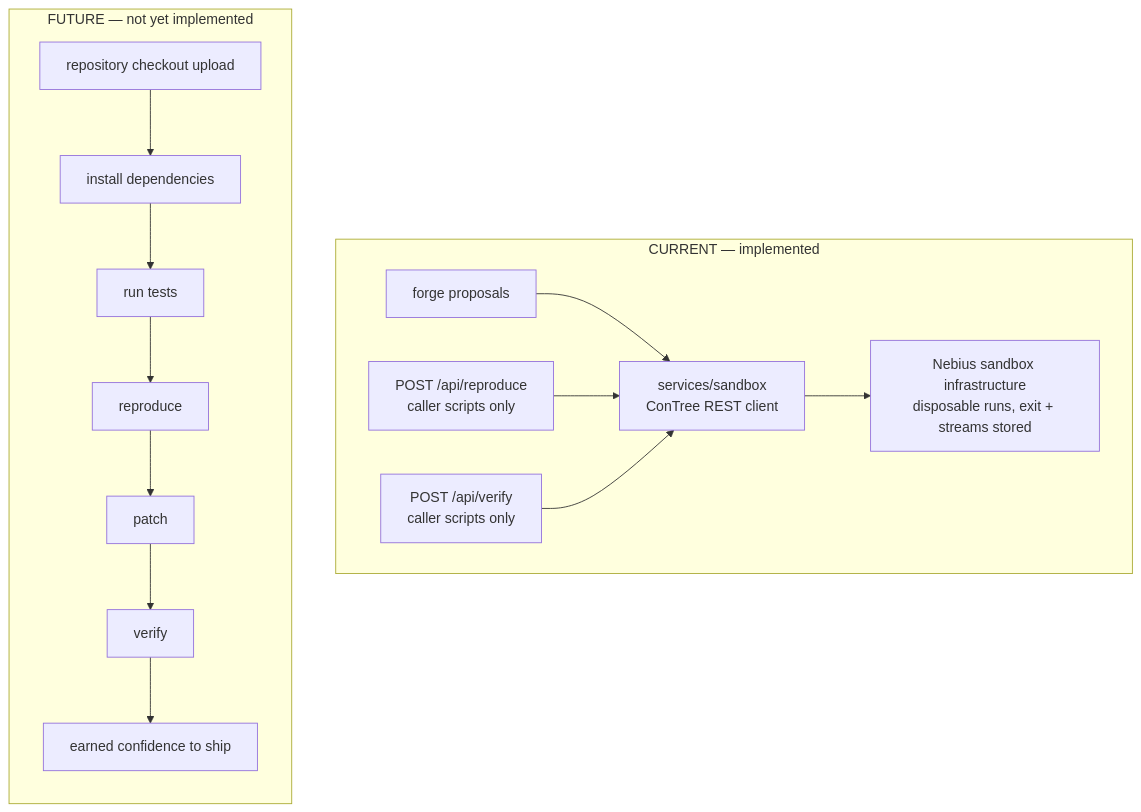
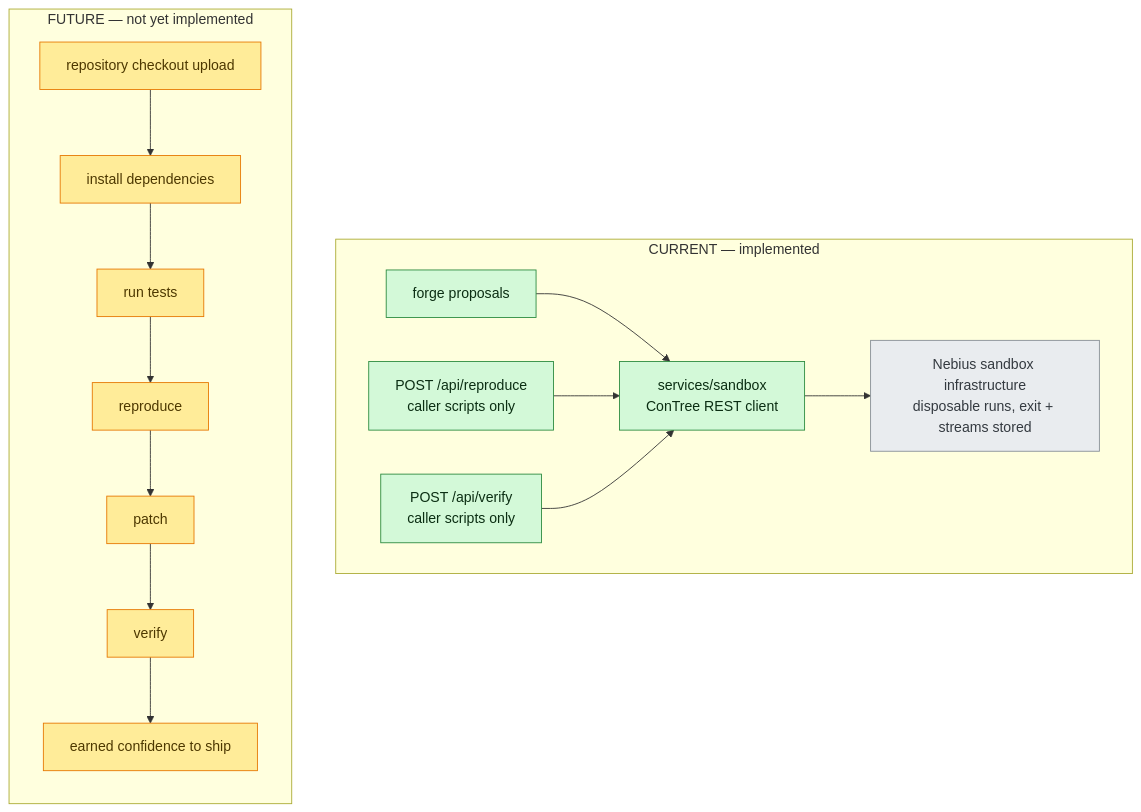
One commit to kaiser1x/hubris changed the tenth of 17 diagrams in docs/ARCHITECTURE.md. Above: the diagram before and after it, drawn with Mermaid. The commit also changed other lines of this file and 1 other file, not shown here.

First line of the commit message:
docs: fix erDiagram reserved word and color-code architecture maps

````diff
--- a/docs/ARCHITECTURE.md
+++ b/docs/ARCHITECTURE.md
@@ -309,30 +345,37 @@
 ```mermaid
 flowchart TD
     subgraph CURRENT ["CURRENT — implemented"]
         Forge["forge proposals"]
         Repro["POST /api/reproduce<br/>caller scripts only"]
         Verif["POST /api/verify<br/>caller scripts only"]
         Client["services/sandbox<br/>ConTree REST client"]
         Nebius["Nebius sandbox infrastructure<br/>disposable runs, exit + streams stored"]
         Forge --> Client
         Repro --> Client
         Verif --> Client
         Client --> Nebius
     end
     subgraph FUTURE ["FUTURE — not yet implemented"]
         direction TB
         Checkout["repository checkout upload"]
         Install["install dependencies"]
         RunTests["run tests"]
         Repro2["reproduce"]
         Patch["patch"]
         Verify2["verify"]
         Ship["earned confidence to ship"]
         Checkout --> Install
         Install --> RunTests
         RunTests --> Repro2
         Repro2 --> Patch
         Patch --> Verify2
         Verify2 --> Ship
     end
+
+    classDef live fill:#d3f9d8,stroke:#2b8a3e,color:#0b2e13
+    classDef future fill:#ffec99,stroke:#e67700,color:#4d3800
+    classDef ext fill:#e9ecef,stroke:#868e96,color:#343a40
+    class Forge,Repro,Verif,Client live
+    class Checkout,Install,RunTests,Repro2,Patch,Verify2,Ship future
+    class Nebius ext
 ```
````
